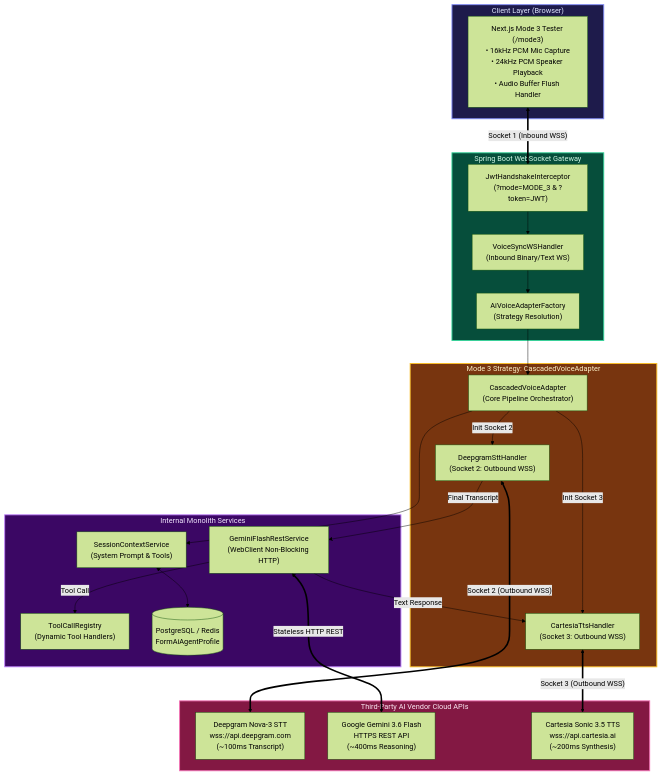
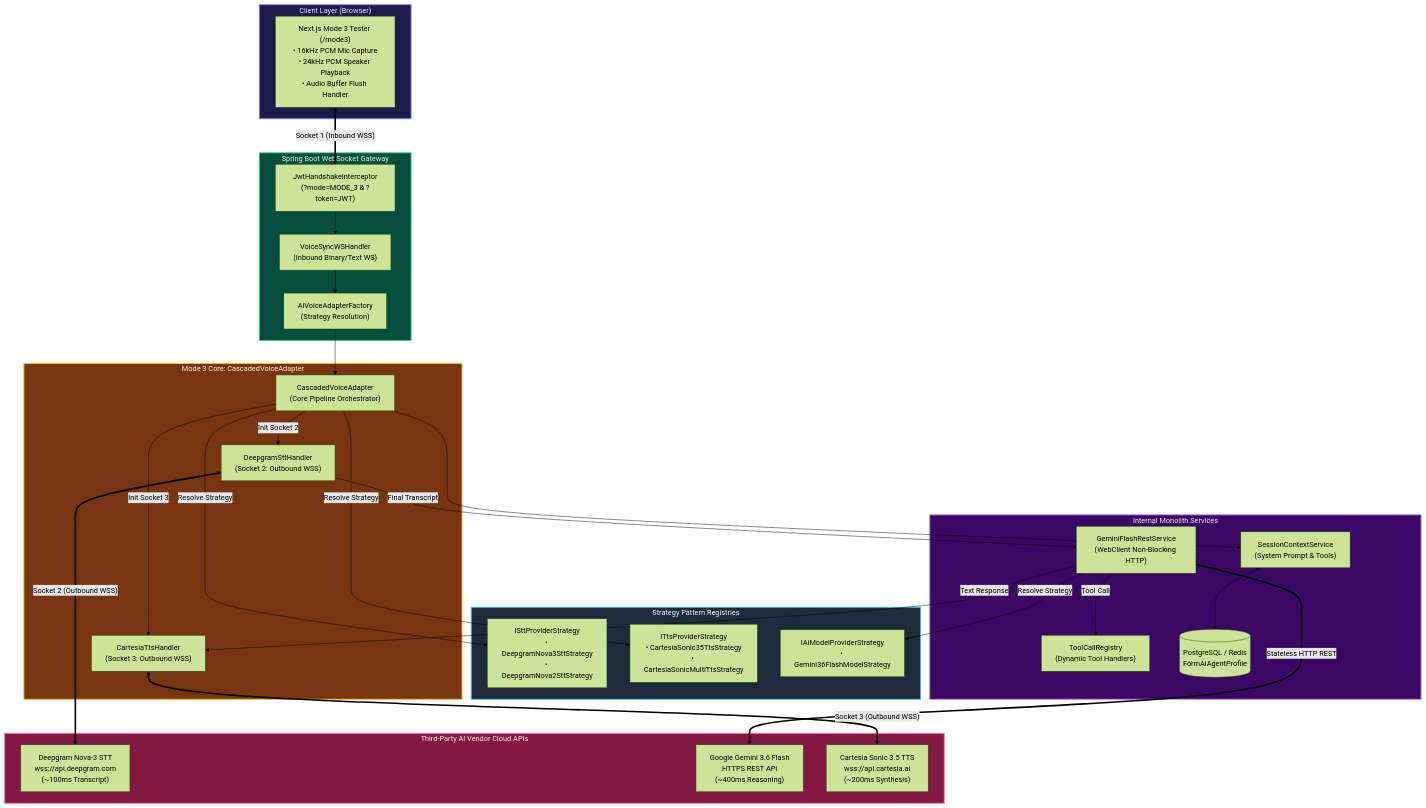
One commit to KiwisCodes/reForm-Web-App changed the first of 2 diagrams in backend/knowledge/pth/week4/10_mode3_cascaded_voice_complete_master_guide.md. Above: the diagram before and after it, drawn with Mermaid (forest theme). The commit also changed other lines of this file and 9 other files, not shown here.

First line of the commit message:
refactor(ai): Decouple Mode 3 with STT/TTS Strategy Pattern and SRP method decomposition

````diff
--- a/backend/knowledge/pth/week4/10_mode3_cascaded_voice_complete_master_guide.md
+++ b/backend/knowledge/pth/week4/10_mode3_cascaded_voice_complete_master_guide.md
@@ -14,55 +14,65 @@
 ```mermaid
 graph TD
     subgraph Client ["Client Layer (Browser)"]
         Browser["Next.js Mode 3 Tester (/mode3)<br/>• 16kHz PCM Mic Capture<br/>• 24kHz PCM Speaker Playback<br/>• Audio Buffer Flush Handler"]
     end
 
     subgraph Gateway ["Spring Boot WebSocket Gateway"]
         Jwt["JwtHandshakeInterceptor<br/>(?mode=MODE_3 & ?token=JWT)"]
         WSHandler["VoiceSyncWSHandler<br/>(Inbound Binary/Text WS)"]
         Factory["AiVoiceAdapterFactory<br/>(Strategy Resolution)"]
     end
 
-    subgraph Mode3 ["Mode 3 Strategy: CascadedVoiceAdapter"]
+    subgraph Mode3 ["Mode 3 Core: CascadedVoiceAdapter"]
         Adapter["CascadedVoiceAdapter<br/>(Core Pipeline Orchestrator)"]
         DeepgramInner["DeepgramSttHandler<br/>(Socket 2: Outbound WSS)"]
         CartesiaInner["CartesiaTtsHandler<br/>(Socket 3: Outbound WSS)"]
+    end
+
+    subgraph StrategyRegistry ["Strategy Pattern Registries"]
+        SttStrategy["ISttProviderStrategy<br/>• DeepgramNova3SttStrategy<br/>• DeepgramNova2SttStrategy"]
+        TtsStrategy["ITtsProviderStrategy<br/>• CartesiaSonic35TtsStrategy<br/>• CartesiaSonicMultiTtsStrategy"]
+        LlmStrategy["IAiModelProviderStrategy<br/>• Gemini36FlashModelStrategy"]
     end
 
     subgraph InternalServices ["Internal Monolith Services"]
         SessionCtx["SessionContextService<br/>(System Prompt & Tools)"]
         GeminiRest["GeminiFlashRestService<br/>(WebClient Non-Blocking HTTP)"]
         ToolRegistry["ToolCallRegistry<br/>(Dynamic Tool Handlers)"]
         DB[(PostgreSQL / Redis<br/>FormAiAgentProfile)]
     end
 
     subgraph Vendors ["Third-Party AI Vendor Cloud APIs"]
         DeepgramCloud["Deepgram Nova-3 STT<br/>wss://api.deepgram.com<br/>(~100ms Transcript)"]
         GeminiCloud["Google Gemini 3.6 Flash<br/>HTTPS REST API<br/>(~400ms Reasoning)"]
         CartesiaCloud["Cartesia Sonic 3.5 TTS<br/>wss://api.cartesia.ai<br/>(~200ms Synthesis)"]
     end
 
     Browser <==>|"Socket 1 (Inbound WSS)"| Jwt
     Jwt --> WSHandler
     WSHandler --> Factory
     Factory --> Adapter
     Adapter --> SessionCtx
     SessionCtx <--> DB
 
+    Adapter -->|"Resolve Strategy"| SttStrategy
+    Adapter -->|"Resolve Strategy"| TtsStrategy
     Adapter -->|"Init Socket 2"| DeepgramInner
     DeepgramInner <==>|"Socket 2 (Outbound WSS)"| DeepgramCloud
 
     Adapter -->|"Init Socket 3"| CartesiaInner
     CartesiaInner <==>|"Socket 3 (Outbound WSS)"| CartesiaCloud
 
     DeepgramInner -->|"Final Transcript"| GeminiRest
+    GeminiRest -->|"Resolve Strategy"| LlmStrategy
     GeminiRest <==>|"Stateless HTTP REST"| GeminiCloud
     GeminiRest -->|"Text Response"| CartesiaInner
     GeminiRest -->|"Tool Call"| ToolRegistry
 
     style Client fill:#1e1b4b,stroke:#818cf8,stroke-width:2px,color:#e0e7ff;
     style Gateway fill:#064e3b,stroke:#34d399,stroke-width:2px,color:#d1fae5;
     style Mode3 fill:#78350f,stroke:#fbbf24,stroke-width:2px,color:#fef3c7;
+    style StrategyRegistry fill:#1e293b,stroke:#38bdf8,stroke-width:2px,color:#f0f9ff;
     style InternalServices fill:#3b0764,stroke:#c084fc,stroke-width:2px,color:#f3e8ff;
     style Vendors fill:#831843,stroke:#f472b6,stroke-width:2px,color:#fce7f3;
 ```
````
